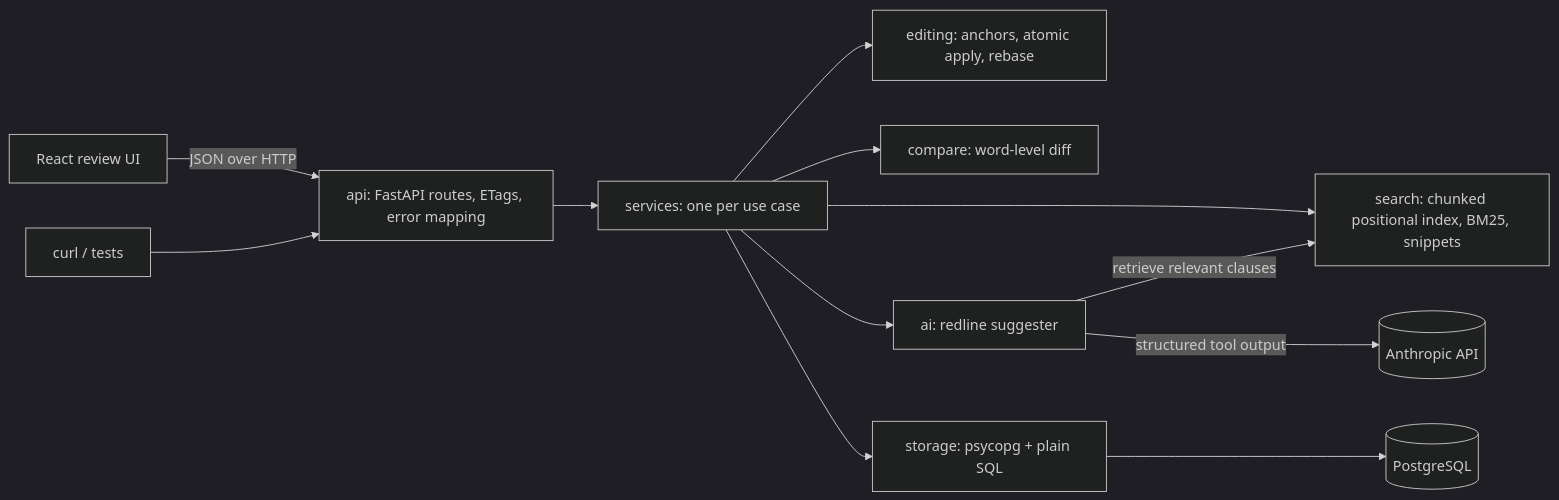
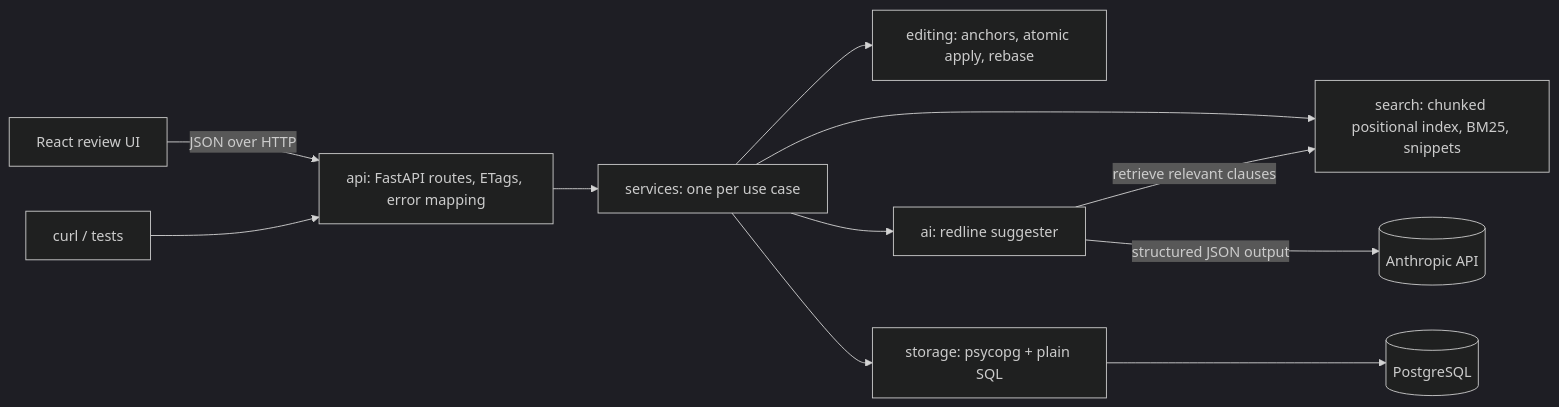
The diagram in docs/plans/build-plan.md (melaniewilsxn/redline), drawn with Mermaid (dark theme) before and after one commit. The commit also changed other lines of this file and 40 other files, not shown here.

````diff
--- a/docs/plans/build-plan.md
+++ b/docs/plans/build-plan.md
@@ -40,14 +42,13 @@
 ```mermaid
 flowchart LR
     UI[React review UI] -->|JSON over HTTP| API[api: FastAPI routes, ETags, error mapping]
     Curl[curl / tests] --> API
     API --> Services[services: one per use case]
     Services --> Editing[editing: anchors, atomic apply, rebase]
     Services --> Search[search: chunked positional index, BM25, snippets]
-    Services --> Compare[compare: word-level diff]
     Services --> AI[ai: redline suggester]
-    AI -->|structured tool output| LLM[(Anthropic API)]
+    AI -->|structured JSON output| LLM[(Anthropic API)]
     AI -->|retrieve relevant clauses| Search
     Services --> Storage[storage: psycopg + plain SQL]
     Storage --> DB[(PostgreSQL)]
 ```
````
